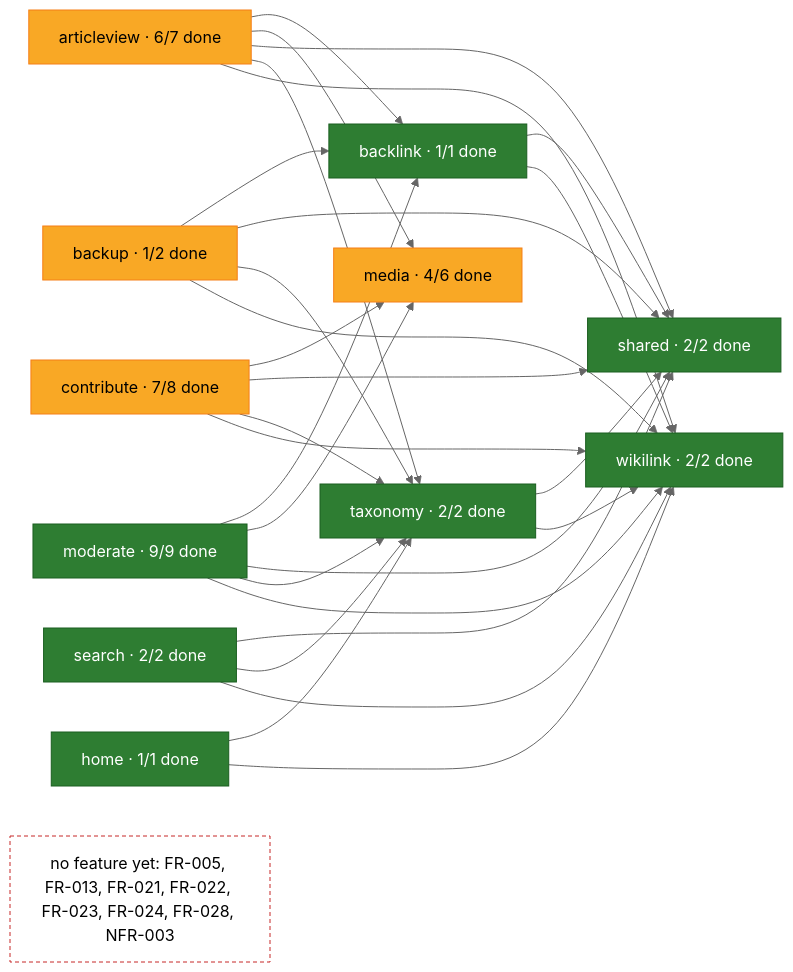
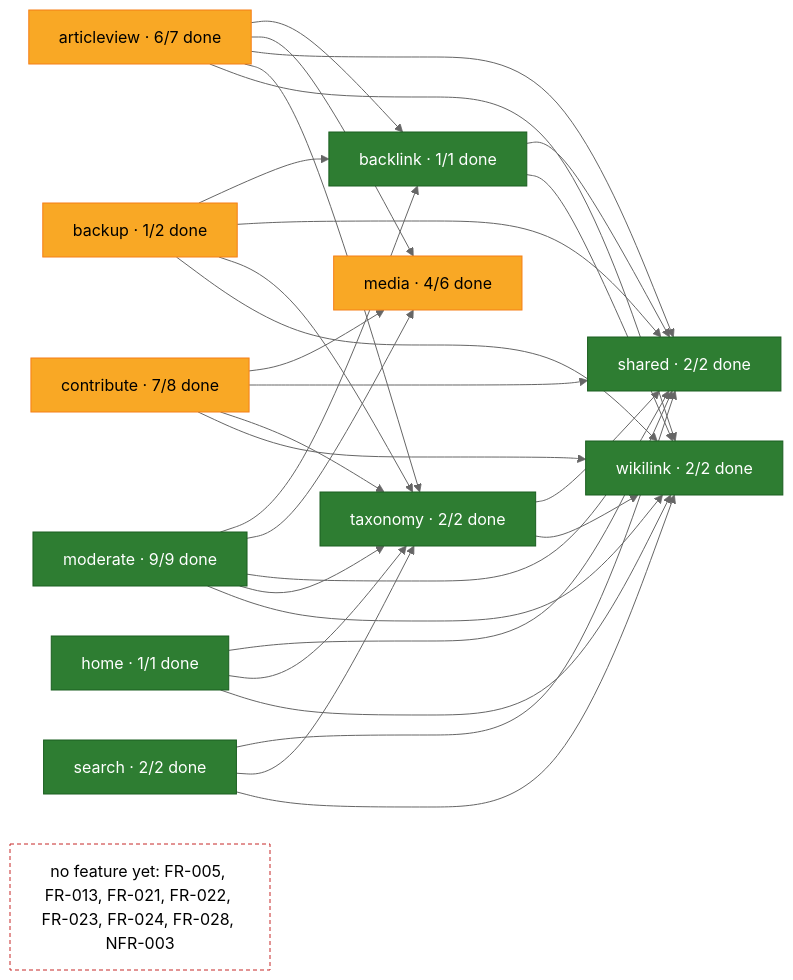
Before and after one commit to rikire/Exchange-Student-Guide-Platform: the second of 2 diagrams in docs/gap-list.md, drawn with Mermaid (neutral theme). The commit also changed 2 other files, not shown here.

Commit message:
docs: fixes 3.3 and 3.4 accepted, the templates step closed [FR-009]

````diff
--- a/docs/gap-list.md
+++ b/docs/gap-list.md
@@ -24,46 +24,47 @@
 ```mermaid
 flowchart LR
     articleview["articleview · 6/7 done"]:::partial
     backlink["backlink · 1/1 done"]:::done
     backup["backup · 1/2 done"]:::partial
     contribute["contribute · 7/8 done"]:::partial
     home["home · 1/1 done"]:::done
     media["media · 4/6 done"]:::partial
     moderate["moderate · 9/9 done"]:::done
     search["search · 2/2 done"]:::done
     shared["shared · 2/2 done"]:::done
     taxonomy["taxonomy · 2/2 done"]:::done
     wikilink["wikilink · 2/2 done"]:::done
     unmapped["no feature yet: FR-005, FR-013, FR-021, FR-022, FR-023, FR-024, FR-028, NFR-003"]:::unmapped
     articleview --> backlink
     articleview --> media
     articleview --> shared
     articleview --> taxonomy
     articleview --> wikilink
     backlink --> shared
     backlink --> wikilink
     backup --> backlink
     backup --> shared
     backup --> taxonomy
     backup --> wikilink
     contribute --> media
     contribute --> shared
     contribute --> taxonomy
     contribute --> wikilink
+    home --> shared
     home --> taxonomy
     home --> wikilink
     moderate --> backlink
     moderate --> media
     moderate --> shared
     moderate --> taxonomy
     moderate --> wikilink
     search --> shared
     search --> taxonomy
     search --> wikilink
     taxonomy --> shared
     taxonomy --> wikilink
     classDef done fill:#2e7d32,stroke:#1b5e20,color:#ffffff
     classDef partial fill:#f9a825,stroke:#f57f17,color:#000000
     classDef none fill:#e0e0e0,stroke:#9e9e9e,color:#000000
     classDef unmapped fill:#ffffff,stroke:#c62828,stroke-dasharray:4 3,color:#000000
 ```
````
